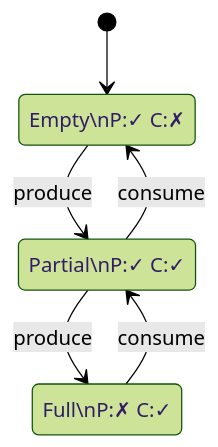
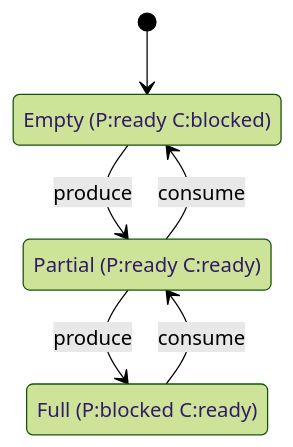
The second of 2 diagrams in kripke-ctl-examples/examples/producer-consumer-complete-report.md (rfielding/kripke-ctl), drawn with Mermaid (forest theme) before and after one commit. The commit also changed other lines of this file and 10 other files, not shown here.

````diff
--- a/kripke-ctl-examples/examples/producer-consumer-complete-report.md
+++ b/kripke-ctl-examples/examples/producer-consumer-complete-report.md
@@ -94,13 +94,13 @@
 ```mermaid
 stateDiagram-v2
     [*] --> buffer_0
 
-    buffer_2 --> buffer_1: consume
     buffer_0 --> buffer_1: produce
     buffer_1 --> buffer_2: produce
     buffer_1 --> buffer_0: consume
+    buffer_2 --> buffer_1: consume
 
-    buffer_0: Empty\nP:✓ C:✗
-    buffer_1: Partial\nP:✓ C:✓
-    buffer_2: Full\nP:✗ C:✓
+    buffer_0: Empty (P:ready C:blocked)
+    buffer_1: Partial (P:ready C:ready)
+    buffer_2: Full (P:blocked C:ready)
 ```
````
